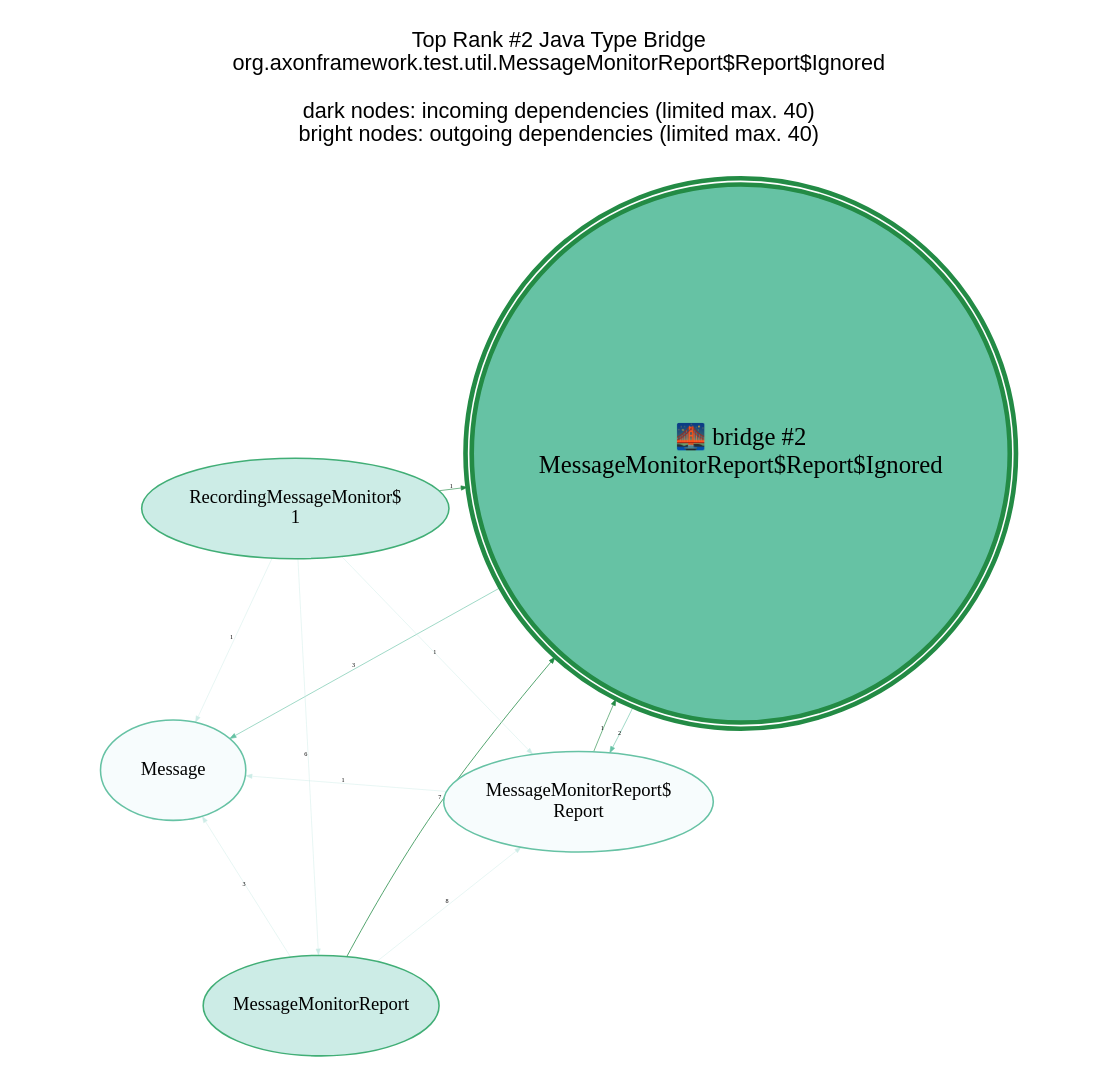
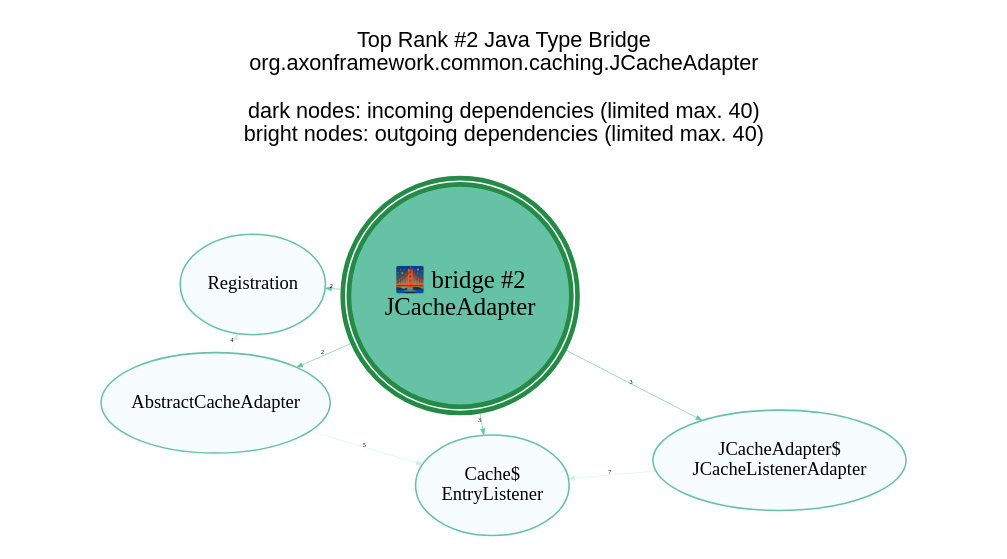
The diagram in analysis-results/AxonFramework/AxonFramework-5.1.2/anomaly-detection/Java_Type/GraphVisualizations/graphviz/TopBridge2.gv (JohT/code-graph-analysis-examples), drawn with Graphviz before and after one commit. The commit also changed 505 other files, not shown here.

```diff
--- a/analysis-results/AxonFramework/AxonFramework-5.1.2/anomaly-detection/Java_Type/GraphVisualizations/graphviz/TopBridge2.gv
+++ b/analysis-results/AxonFramework/AxonFramework-5.1.2/anomaly-detection/Java_Type/GraphVisualizations/graphviz/TopBridge2.gv
@@ -1,28 +1,24 @@
 // This GraphViz dot file was generated by the script convertQueryResultCsvToGraphVizDotFile.sh with TopCentral.template
 
 strict digraph TopBridge2 {
     graph [layout = "fdp"; start = "7"; splines = "spline"; pad = "0.8,0.1"; outputorder = "edgesfirst";];
     graph [fontname = "Helvetica,Arial,sans-serif"; labelloc = "t";];
     node [colorscheme = "bugn9"; color = 6; fillcolor = 3;];
     edge [colorscheme = "bugn9"; color = 7;];
     node [fontsize = 12; style = "filled"; margin = "0.03,0.03"; width="1.3"; height="0.9";];
     edge [fontsize = 4; arrowsize = "0.4";];
 
     central [shape = "doublecircle"; height = "2.0"; margin = "0.000001,0.000001";];
     central [fontsize = 16;];
     central [color = 7; fillcolor = 5; penwidth = 3;];
 
-	graph   [label="Top Rank #2 Java Type Bridge\norg.axonframework.test.util.MessageMonitorReport$Report$Ignored\n\ndark nodes: incoming dependencies (limited max. 40)\nbright nodes: outgoing dependencies (limited max. 40)\n\n"];
-	central [label="🌉 bridge #2\nMessageMonitorReport$Report$Ignored"];
-	"MessageMonitorReport_16805" [label = "MessageMonitorReport"; ]; "MessageMonitorReport_16805" -> central [label=7; weight=7; penwidth=0.5];
-	"MessageMonitorReport$Report_16800" [label = "MessageMonitorReport$\nReport"; ]; "MessageMonitorReport$Report_16800" -> central [label=1; weight=1; penwidth=0.4];
-	"RecordingMessageMonitor$1_16807" [label = "RecordingMessageMonitor$\n1"; ]; "RecordingMessageMonitor$1_16807" -> central [label=1; weight=1; penwidth=0.4];
-	"Message_25158" [label = "Message"; color = 5; fillcolor = 1; ]; central -> "Message_25158" [label=3; weight=3; penwidth=0.4; color = 5];
-	"MessageMonitorReport$Report_16800" [label = "MessageMonitorReport$\nReport"; color = 5; fillcolor = 1; ]; central -> "MessageMonitorReport$Report_16800" [label=2; weight=2; penwidth=0.4; color = 5];
-	"MessageMonitorReport_16805" -> "MessageMonitorReport$Report_16800" [label=8; weight=8; penwidth=0.3; color = 3]
-	"RecordingMessageMonitor$1_16807" -> "MessageMonitorReport_16805" [label=6; weight=6; penwidth=0.3; color = 3]
-	"MessageMonitorReport_16805" -> "Message_25158" [label=3; weight=3; penwidth=0.3; color = 3]
-	"MessageMonitorReport$Report_16800" -> "Message_25158" [label=1; weight=1; penwidth=0.3; color = 3]
-	"RecordingMessageMonitor$1_16807" -> "Message_25158" [label=1; weight=1; penwidth=0.3; color = 3]
-	"RecordingMessageMonitor$1_16807" -> "MessageMonitorReport$Report_16800" [label=1; weight=1; penwidth=0.3; color = 3]
+	graph   [label="Top Rank #2 Java Type Bridge\norg.axonframework.common.caching.JCacheAdapter\n\ndark nodes: incoming dependencies (limited max. 40)\nbright nodes: outgoing dependencies (limited max. 40)\n\n"];
+	central [label="🌉 bridge #2\nJCacheAdapter"];
+	"Cache$EntryListener_10475" [label = "Cache$\nEntryListener"; color = 5; fillcolor = 1; ]; central -> "Cache$EntryListener_10475" [label=3; weight=3; penwidth=0.4; color = 5];
+	"JCacheAdapter$JCacheListenerAdapter_10146" [label = "JCacheAdapter$\nJCacheListenerAdapter"; color = 5; fillcolor = 1; ]; central -> "JCacheAdapter$JCacheListenerAdapter_10146" [label=3; weight=3; penwidth=0.4; color = 5];
+	"AbstractCacheAdapter_10144" [label = "AbstractCacheAdapter"; color = 5; fillcolor = 1; ]; central -> "AbstractCacheAdapter_10144" [label=2; weight=2; penwidth=0.4; color = 5];
+	"Registration_10474" [label = "Registration"; color = 5; fillcolor = 1; ]; central -> "Registration_10474" [label=2; weight=2; penwidth=0.4; color = 5];
+	"JCacheAdapter$JCacheListenerAdapter_10146" -> "Cache$EntryListener_10475" [label=7; weight=7; penwidth=0.3; color = 3]
+	"AbstractCacheAdapter_10144" -> "Cache$EntryListener_10475" [label=5; weight=5; penwidth=0.3; color = 3]
+	"AbstractCacheAdapter_10144" -> "Registration_10474" [label=4; weight=4; penwidth=0.3; color = 3]
 }
```
